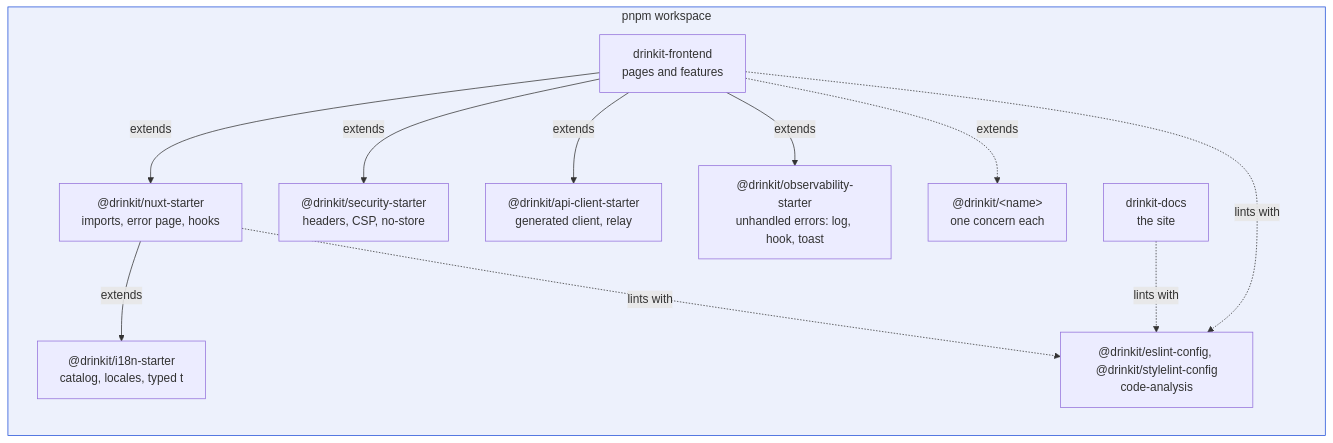
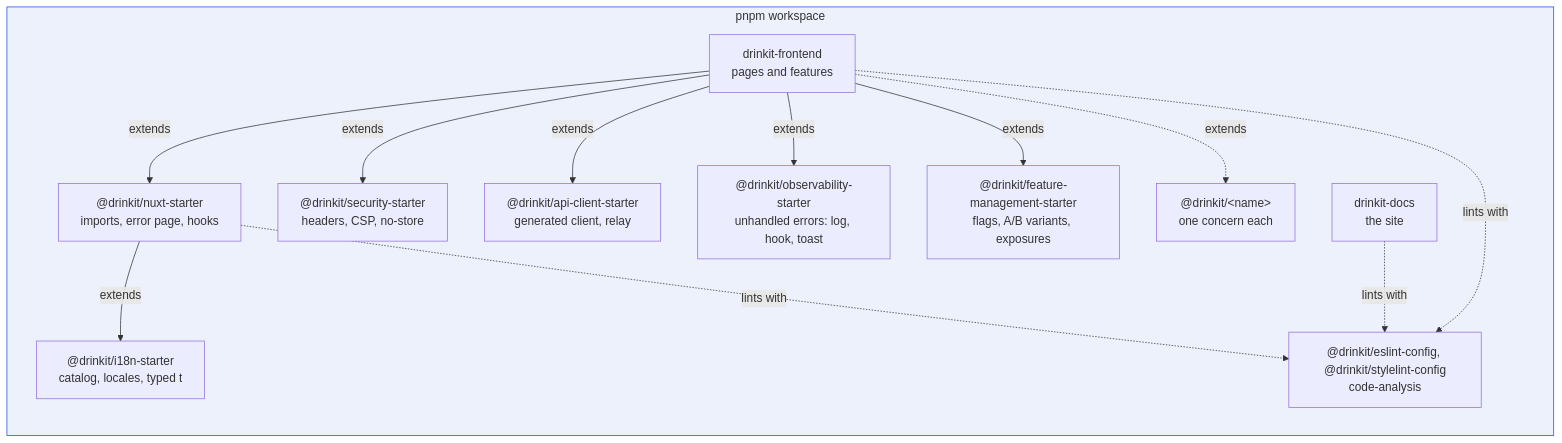
One commit to mboisnard/drinkit changed the first of 5 diagrams in docs/content/en/1.engineering/2.architecture/7.frontend-architecture.md. Above: the diagram before and after it, drawn with Mermaid. The commit also changed other lines of this file and 27 other files, not shown here.

First line of the commit message:
[TECH-STARTER] Read feature flags and A/B variants in the Nuxt app over OFREP (#629)

````diff
--- a/docs/content/en/1.engineering/2.architecture/7.frontend-architecture.md
+++ b/docs/content/en/1.engineering/2.architecture/7.frontend-architecture.md
@@ -19,24 +19,26 @@
 ```mermaid
 flowchart LR
   subgraph workspace["pnpm workspace"]
     app["drinkit-frontend<br/>pages and features"]
     nuxt["@drinkit/nuxt-starter<br/>imports, error page, hooks"]
     i18n["@drinkit/i18n-starter<br/>catalog, locales, typed t"]
     security["@drinkit/security-starter<br/>headers, CSP, no-store"]
     api["@drinkit/api-client-starter<br/>generated client, relay"]
     obs["@drinkit/observability-starter<br/>unhandled errors: log, hook, toast"]
+    flags["@drinkit/feature-management-starter<br/>flags, A/B variants, exposures"]
     other["@drinkit/&lt;name&gt;<br/>one concern each"]
     docs["drinkit-docs<br/>the site"]
     lint["@drinkit/eslint-config, @drinkit/stylelint-config<br/>code-analysis"]
   end
   app -- "extends" --> nuxt
   nuxt -- "extends" --> i18n
   app -- "extends" --> security
   app -- "extends" --> api
   app -- "extends" --> obs
+  app -- "extends" --> flags
   app -. "extends" .-> other
   app -. "lints with" .-> lint
   nuxt -. "lints with" .-> lint
   docs -. "lints with" .-> lint
   style workspace fill:#1d4ed814,stroke:#1d4ed8
 ```
````
